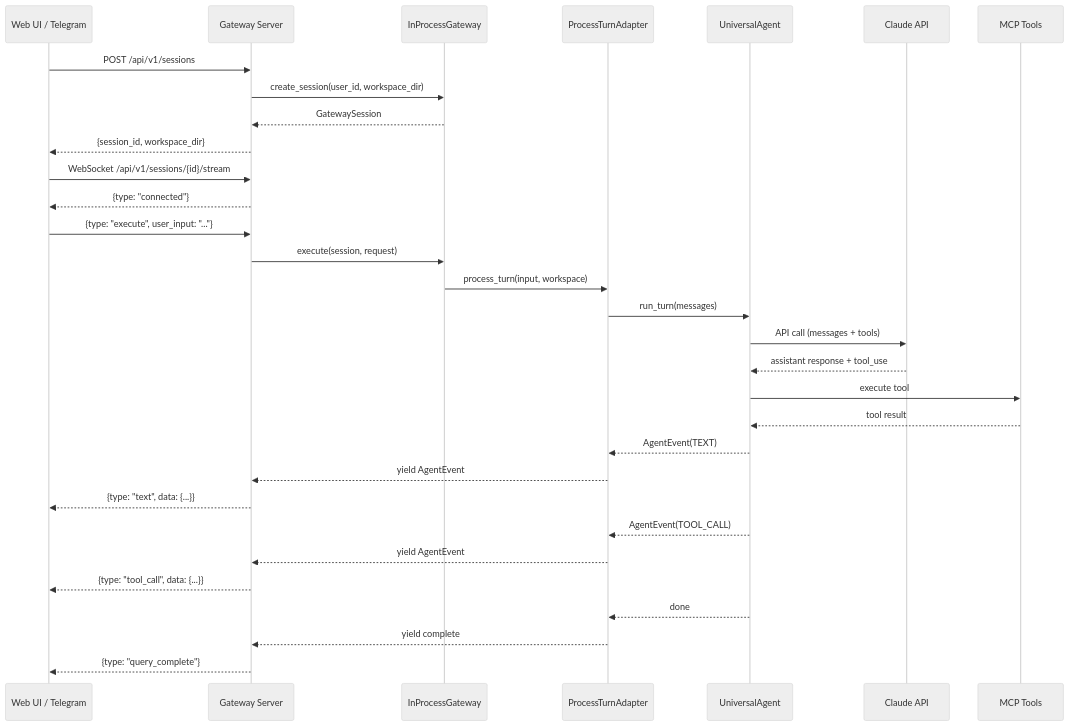
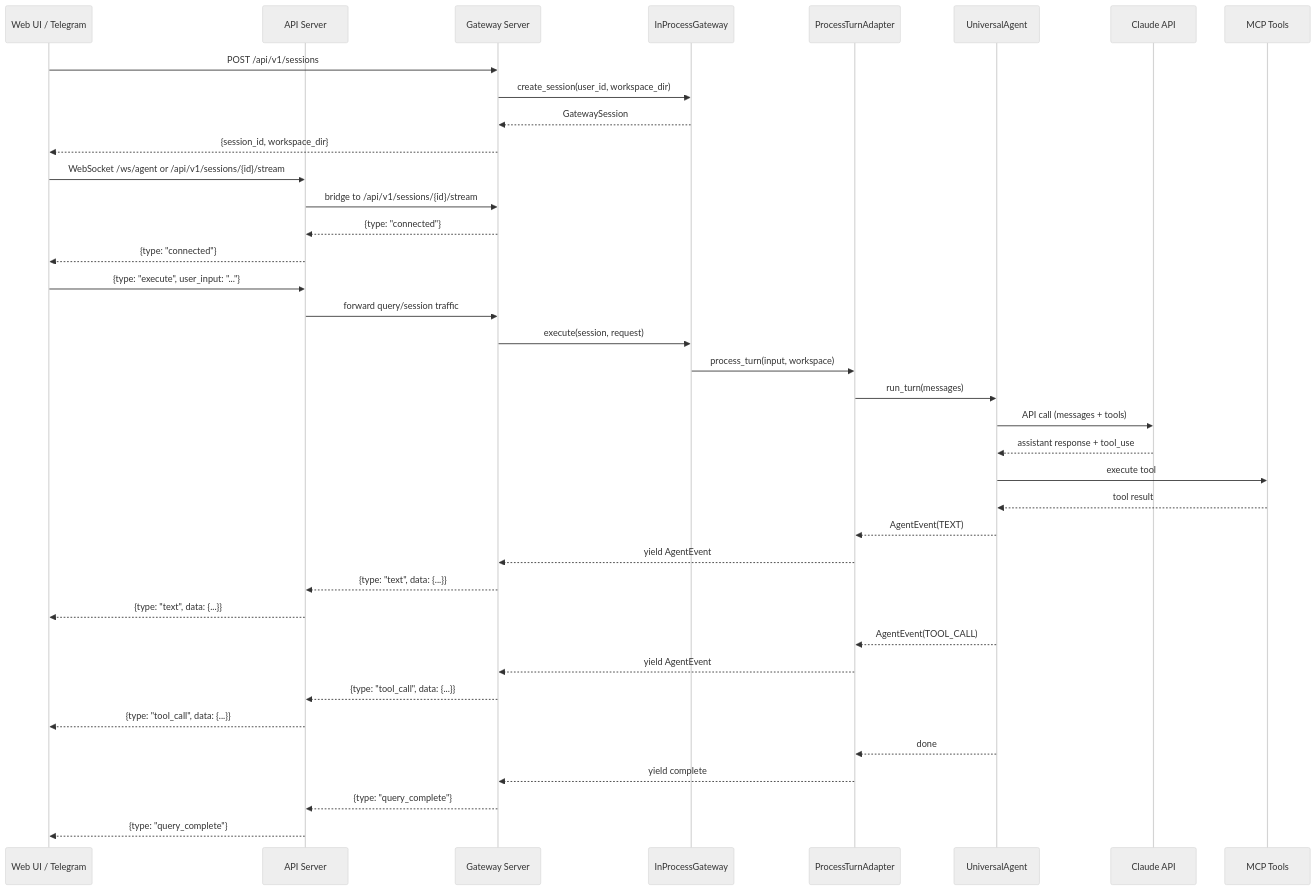
The first of 3 diagrams in docs/01_Architecture/02_Gateway_Sessions_And_Execution.md (Kjdragan/universal_agent), drawn with Mermaid (neutral theme) before and after one commit. The commit also changed other lines of this file and 13 other files, not shown here.

````diff
--- a/docs/01_Architecture/02_Gateway_Sessions_And_Execution.md
+++ b/docs/01_Architecture/02_Gateway_Sessions_And_Execution.md
@@ -76,36 +76,43 @@
 ```mermaid
 sequenceDiagram
     participant Client as Web UI / Telegram
+    participant API as API Server
     participant GW as Gateway Server
     participant IPG as InProcessGateway
     participant PTA as ProcessTurnAdapter
     participant UA as UniversalAgent
     participant Claude as Claude API
     participant Tools as MCP Tools
 
     Client->>GW: POST /api/v1/sessions
     GW->>IPG: create_session(user_id, workspace_dir)
     IPG-->>GW: GatewaySession
     GW-->>Client: {session_id, workspace_dir}
 
-    Client->>GW: WebSocket /api/v1/sessions/{id}/stream
-    GW-->>Client: {type: "connected"}
+    Client->>API: WebSocket /ws/agent or /api/v1/sessions/{id}/stream
+    API->>GW: bridge to /api/v1/sessions/{id}/stream
+    GW-->>API: {type: "connected"}
+    API-->>Client: {type: "connected"}
 
-    Client->>GW: {type: "execute", user_input: "..."}
+    Client->>API: {type: "execute", user_input: "..."}
+    API->>GW: forward query/session traffic
     GW->>IPG: execute(session, request)
     IPG->>PTA: process_turn(input, workspace)
     PTA->>UA: run_turn(messages)
     UA->>Claude: API call (messages + tools)
     Claude-->>UA: assistant response + tool_use
     UA->>Tools: execute tool
     Tools-->>UA: tool result
     UA-->>PTA: AgentEvent(TEXT)
     PTA-->>GW: yield AgentEvent
-    GW-->>Client: {type: "text", data: {...}}
+    GW-->>API: {type: "text", data: {...}}
+    API-->>Client: {type: "text", data: {...}}
     UA-->>PTA: AgentEvent(TOOL_CALL)
     PTA-->>GW: yield AgentEvent
-    GW-->>Client: {type: "tool_call", data: {...}}
+    GW-->>API: {type: "tool_call", data: {...}}
+    API-->>Client: {type: "tool_call", data: {...}}
     UA-->>PTA: done
     PTA-->>GW: yield complete
-    GW-->>Client: {type: "query_complete"}
+    GW-->>API: {type: "query_complete"}
+    API-->>Client: {type: "query_complete"}
 ```
````
